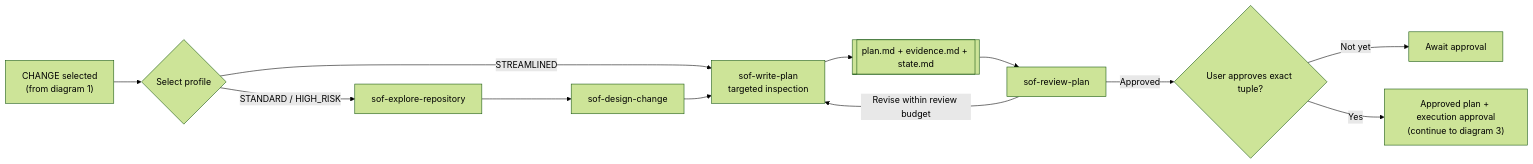
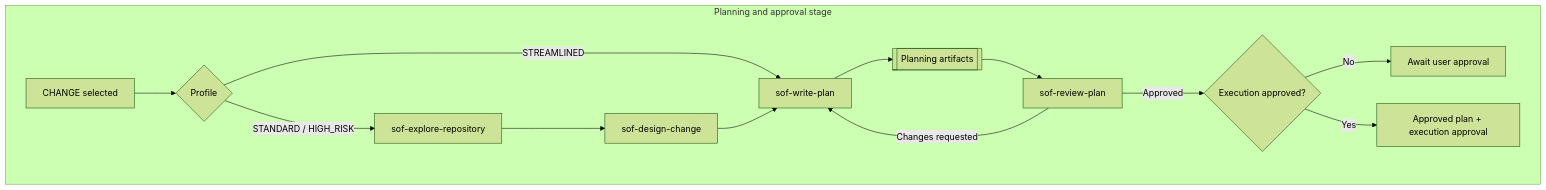
One commit to zhenyumi/simple-opencode-flow changed the second of 3 diagrams in README.md. Above: the diagram before and after it, drawn with Mermaid (forest theme). The commit also changed other lines of this file, not shown here.

Commit message:
docs: simplify and consolidate Mermaid workflow diagrams

````diff
--- a/README.md
+++ b/README.md
@@ -112,12 +114,16 @@
 ```mermaid
-flowchart LR
-    C["CHANGE selected<br/>(from diagram 1)"] --> P{"Select profile"}
-    P -- "STREAMLINED" --> W["sof-write-plan<br/>targeted inspection"]
-    P -- "STANDARD / HIGH_RISK" --> E["sof-explore-repository"] --> D["sof-design-change"] --> W
-    W --> A[["plan.md + evidence.md + state.md"]]
-    A --> R["sof-review-plan"]
-    R -- "Revise within review budget" --> W
-    R -- "Approved" --> U{"User approves exact tuple?"}
-    U -- "Not yet" --> WAIT["Await approval"]
-    U -- "Yes" --> X["Approved plan + execution approval<br/>(continue to diagram 3)"]
+flowchart TD
+    subgraph PLANNING["Planning and approval stage"]
+        C["CHANGE selected"] --> P{"Profile"}
+        P -- "STREAMLINED" --> W["sof-write-plan"]
+        P -- "STANDARD / HIGH_RISK" --> E["sof-explore-repository"]
+        E --> D["sof-design-change"]
+        D --> W
+        W --> A[["Planning artifacts"]]
+        A --> R["sof-review-plan"]
+        R -- "Changes requested" --> W
+        R -- "Approved" --> U{"Execution approved?"}
+        U -- "No" --> WAIT["Await user approval"]
+        U -- "Yes" --> X["Approved plan + execution approval"]
+    end
 ```
````
